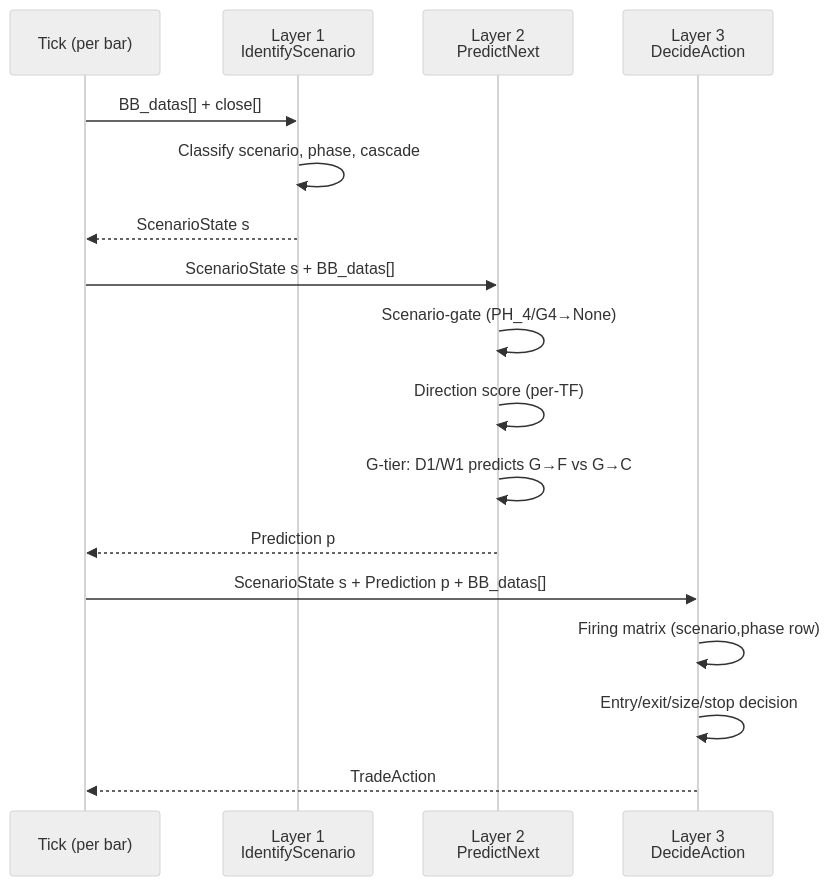
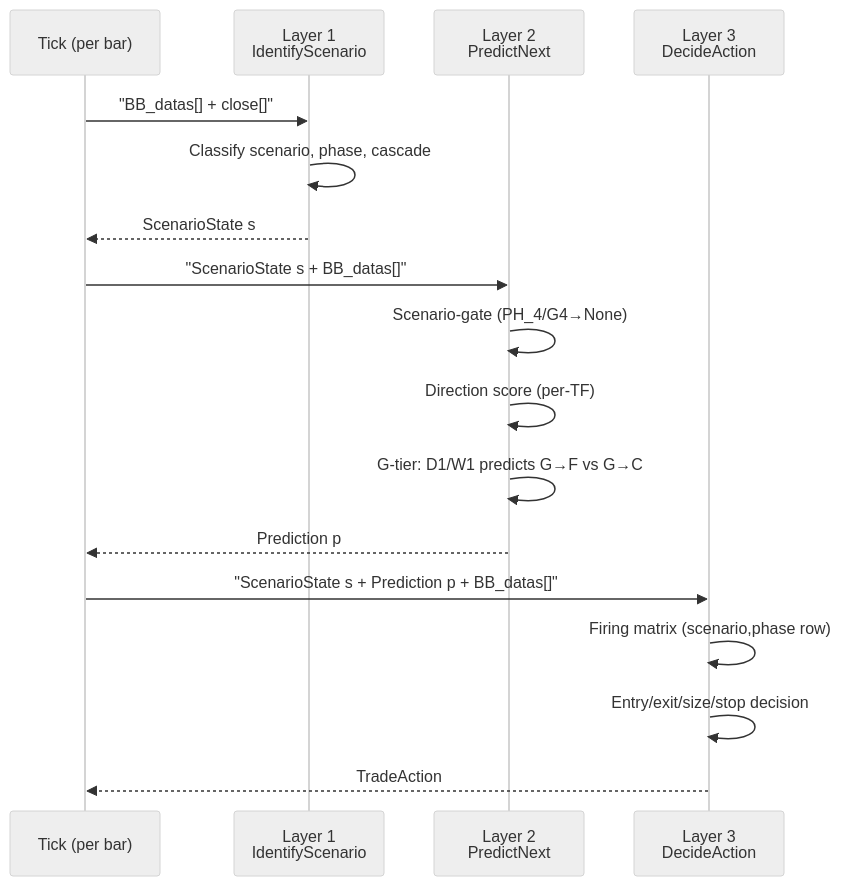
The sixth of 10 diagrams in references/ARCHITECTURE.md (Terrypang89/BB_MTF_M15_STRATEGY), drawn with Mermaid (neutral theme) before and after one commit. The commit also changed other lines of this file, not shown here.

Commit message:
Fix Mermaid parse errors — quote labels with [] in all diagrams
Three activity diagrams (3.2, 4.3, 5.2) had unquoted [] in Start node
labels. Sequence diagram (4.2) had unquoted [] in message text.
Class diagrams, state diagram, and firing matrix diagram were already
clean. Syntax-only fix — no content changes.

````diff
--- a/references/ARCHITECTURE.md
+++ b/references/ARCHITECTURE.md
@@ -353,22 +353,22 @@
 ```mermaid
 sequenceDiagram
     participant Tick as Tick (per bar)
     participant L1 as Layer 1<br/>IdentifyScenario
     participant L2 as Layer 2<br/>PredictNext
     participant L3 as Layer 3<br/>DecideAction
 
-    Tick->>L1: BB_datas[] + close[]
+    Tick->>L1: "BB_datas[] + close[]"
     L1->>L1: Classify scenario, phase, cascade
     L1-->>Tick: ScenarioState s
 
-    Tick->>L2: ScenarioState s + BB_datas[]
+    Tick->>L2: "ScenarioState s + BB_datas[]"
     L2->>L2: Scenario-gate (PH_4/G4→None)
     L2->>L2: Direction score (per-TF)
     L2->>L2: G-tier: D1/W1 predicts G→F vs G→C
     L2-->>Tick: Prediction p
 
-    Tick->>L3: ScenarioState s + Prediction p + BB_datas[]
+    Tick->>L3: "ScenarioState s + Prediction p + BB_datas[]"
     L3->>L3: Firing matrix (scenario,phase row)
     L3->>L3: Entry/exit/size/stop decision
     L3-->>Tick: TradeAction
 ```
````
